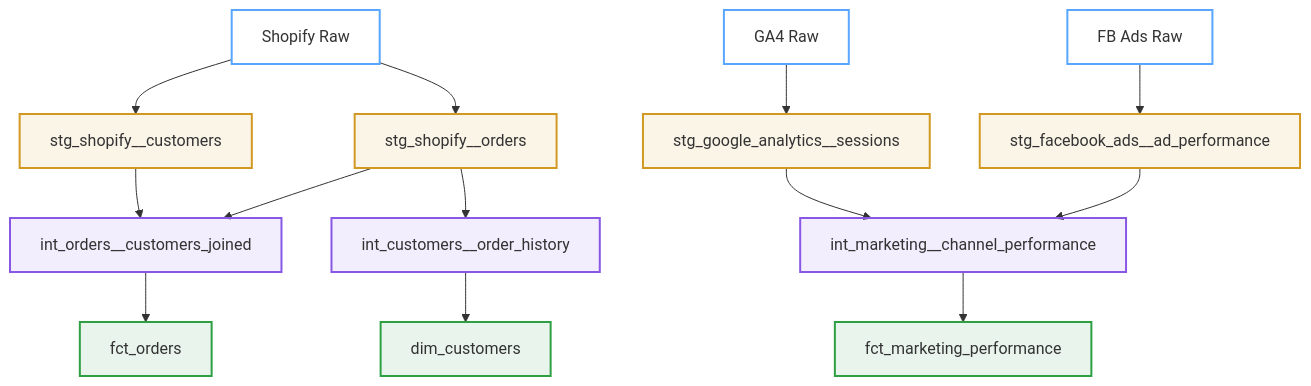
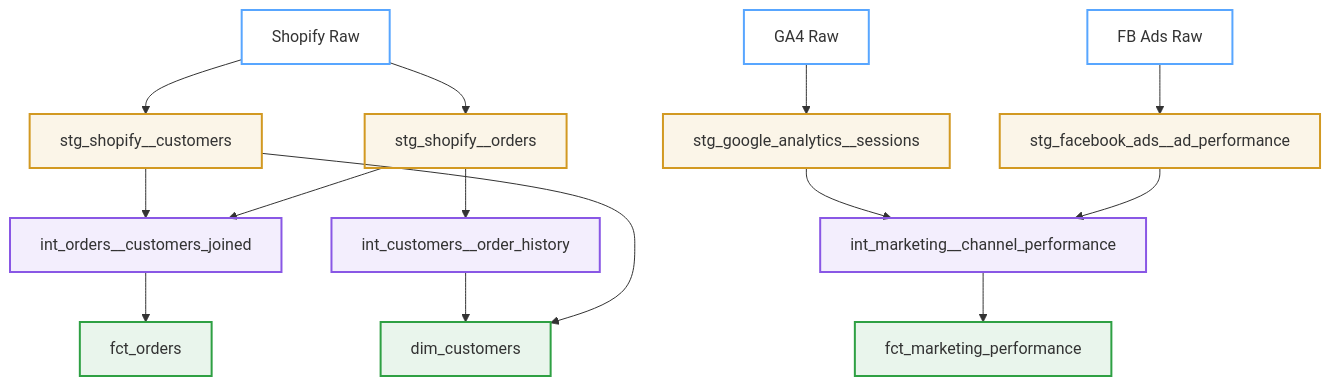
One commit to jkschola/ecommerce-analytics-platform changed the diagram in README.md. Above: the diagram before and after it, drawn with Mermaid. The commit also changed other lines of this file, not shown here.

First line of the commit message:
docs: correct data lineage for dim_customers in architecture diagram

````diff
--- a/README.md
+++ b/README.md
@@ -38,27 +38,28 @@
 ```mermaid
 graph TD
     %% Define semantic, light/dark mode friendly classes
     classDef raw fill:transparent,stroke:#58a6ff,stroke-width:2px;
     classDef staging fill:#d299221a,stroke:#d29922,stroke-width:2px;
     classDef intermediate fill:#8957e51a,stroke:#8957e5,stroke-width:2px;
     classDef marts fill:#2ea0431a,stroke:#2ea043,stroke-width:2px;
 
     %% Raw Sources
     A[Shopify Raw]:::raw --> B[stg_shopify__customers]:::staging
     A --> C[stg_shopify__orders]:::staging
     D[GA4 Raw]:::raw --> E[stg_google_analytics__sessions]:::staging
     F[FB Ads Raw]:::raw --> G[stg_facebook_ads__ad_performance]:::staging
     
     %% Intermediate
     C --> H[int_customers__order_history]:::intermediate
     B --> I[int_orders__customers_joined]:::intermediate
     C --> I
     
     E --> J[int_marketing__channel_performance]:::intermediate
     G --> J
     
     %% Marts
     H --> K[dim_customers]:::marts
+    B --> K
     I --> L[fct_orders]:::marts
     J --> M[fct_marketing_performance]:::marts
 ```
````
